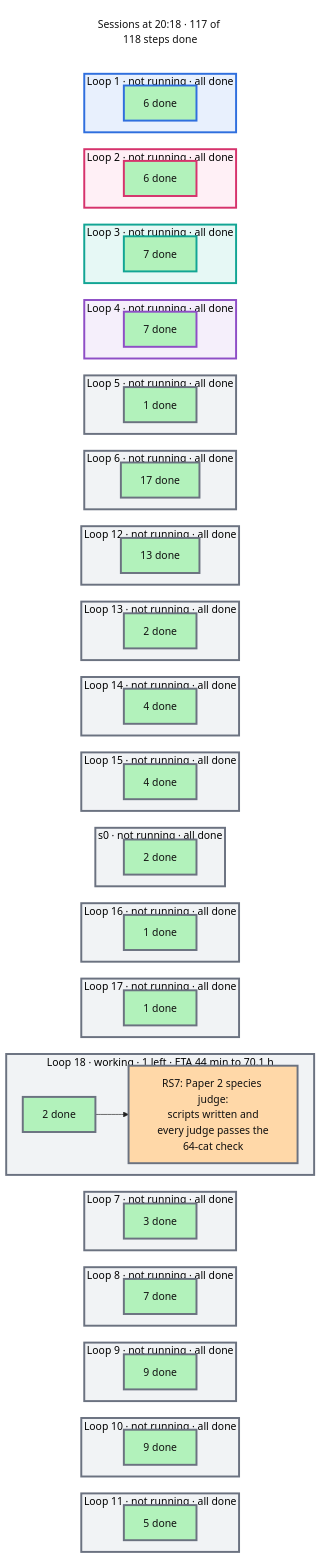
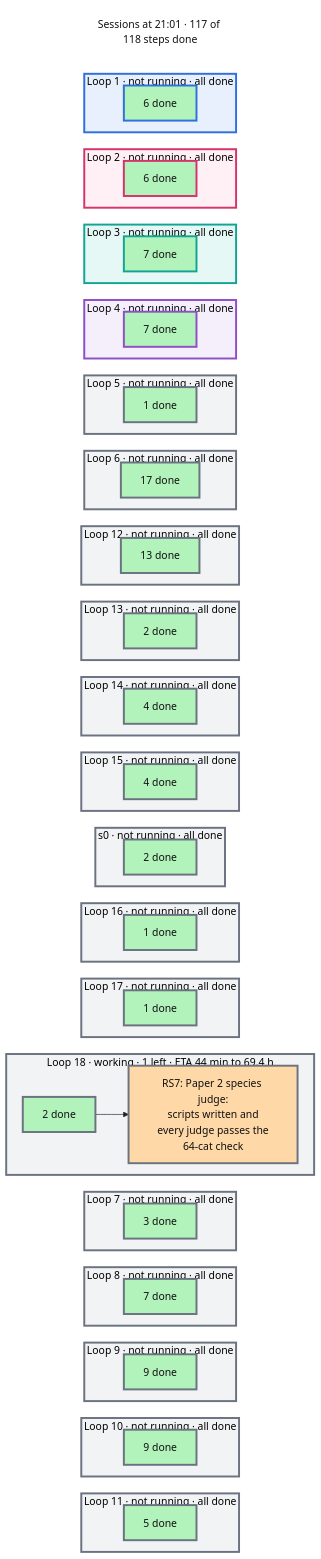
Before and after one commit to mo-rsa24/concept-composition: the diagram in artifacts/notes/progress/sessions.mmd, drawn with Mermaid. The commit also changed 9 other files, not shown here.

```diff
--- a/artifacts/notes/progress/sessions.mmd
+++ b/artifacts/notes/progress/sessions.mmd
@@ -1,124 +1,124 @@
 %%{init: {'theme': 'base', 'themeVariables': {'fontFamily': 'monospace', 'primaryColor': '#ffffff', 'primaryBorderColor': '#222222', 'primaryTextColor': '#111111', 'lineColor': '#222222'}, 'flowchart': {'nodeSpacing': 16, 'rankSpacing': 26}}}%%
 flowchart TB
   classDef done fill:#b2f2bb,color:#111111
   classDef doing fill:#ffd8a8,color:#111111
   classDef todo fill:#e9ecef,color:#111111
   classDef note fill:#ffffff,stroke:#c92a2a,stroke-dasharray:5 5,color:#c92a2a
-  now["Sessions at 20:18 · 117 of 118 steps done"]
+  now["Sessions at 21:01 · 117 of 118 steps done"]
   style now fill:#ffffff,stroke:#ffffff,color:#111111
   subgraph L0["Loop 1 · not running · all done"]
     direction LR
     d0["6 done"]:::done
   end
   subgraph L1["Loop 2 · not running · all done"]
     direction LR
     d1["6 done"]:::done
   end
   subgraph L2["Loop 3 · not running · all done"]
     direction LR
     d2["7 done"]:::done
   end
   subgraph L3["Loop 4 · not running · all done"]
     direction LR
     d3["7 done"]:::done
   end
   subgraph L4["Loop 5 · not running · all done"]
     direction LR
     d4["1 done"]:::done
   end
   subgraph L5["Loop 6 · not running · all done"]
     direction LR
     d5["17 done"]:::done
   end
   subgraph L6["Loop 12 · not running · all done"]
     direction LR
     d6["13 done"]:::done
   end
   subgraph L7["Loop 13 · not running · all done"]
     direction LR
     d7["2 done"]:::done
   end
   subgraph L8["Loop 14 · not running · all done"]
     direction LR
     d8["4 done"]:::done
   end
   subgraph L9["Loop 15 · not running · all done"]
     direction LR
     d9["4 done"]:::done
   end
   subgraph L10["s0 · not running · all done"]
     direction LR
     d10["2 done"]:::done
   end
   subgraph L11["Loop 16 · not running · all done"]
     direction LR
     d11["1 done"]:::done
   end
   subgraph L12["Loop 17 · not running · all done"]
     direction LR
     d12["1 done"]:::done
   end
-  subgraph L13["Loop 18 · working · 1 left · ETA 44 min to 70.1 h"]
+  subgraph L13["Loop 18 · working · 1 left · ETA 44 min to 69.4 h"]
     direction LR
     d13["2 done"]:::done --> n_RS7["RS7: Paper 2 species judge:<br/>scripts written and<br/>every judge passes the<br/>64-cat check"]:::doing
   end
   subgraph L14["Loop 7 · not running · all done"]
     direction LR
     d14["3 done"]:::done
   end
   subgraph L15["Loop 8 · not running · all done"]
     direction LR
     d15["7 done"]:::done
   end
   subgraph L16["Loop 9 · not running · all done"]
     direction LR
     d16["9 done"]:::done
   end
   subgraph L17["Loop 10 · not running · all done"]
     direction LR
     d17["9 done"]:::done
   end
   subgraph L18["Loop 11 · not running · all done"]
     direction LR
     d18["5 done"]:::done
   end
   now ~~~ L0 ~~~ L1 ~~~ L2 ~~~ L3 ~~~ L4 ~~~ L5 ~~~ L6 ~~~ L7 ~~~ L8 ~~~ L9 ~~~ L10 ~~~ L11 ~~~ L12 ~~~ L13 ~~~ L14 ~~~ L15 ~~~ L16 ~~~ L17 ~~~ L18
   style L0 fill:#e8f0fd,stroke:#2f6fde,stroke-width:3px
   style d0 stroke:#2f6fde,stroke-width:3px
   style L1 fill:#fff0f6,stroke:#d6336c,stroke-width:3px
   style d1 stroke:#d6336c,stroke-width:3px
   style L2 fill:#e6f8f5,stroke:#12a594,stroke-width:3px
   style d2 stroke:#12a594,stroke-width:3px
   style L3 fill:#f5effb,stroke:#8e4ec6,stroke-width:3px
   style d3 stroke:#8e4ec6,stroke-width:3px
   style L4 fill:#f1f3f5,stroke:#6b7280,stroke-width:3px
   style d4 stroke:#6b7280,stroke-width:3px
   style L5 fill:#f1f3f5,stroke:#6b7280,stroke-width:3px
   style d5 stroke:#6b7280,stroke-width:3px
   style L6 fill:#f1f3f5,stroke:#6b7280,stroke-width:3px
   style d6 stroke:#6b7280,stroke-width:3px
   style L7 fill:#f1f3f5,stroke:#6b7280,stroke-width:3px
   style d7 stroke:#6b7280,stroke-width:3px
   style L8 fill:#f1f3f5,stroke:#6b7280,stroke-width:3px
   style d8 stroke:#6b7280,stroke-width:3px
   style L9 fill:#f1f3f5,stroke:#6b7280,stroke-width:3px
   style d9 stroke:#6b7280,stroke-width:3px
   style L10 fill:#f1f3f5,stroke:#6b7280,stroke-width:3px
   style d10 stroke:#6b7280,stroke-width:3px
   style L11 fill:#f1f3f5,stroke:#6b7280,stroke-width:3px
   style d11 stroke:#6b7280,stroke-width:3px
   style L12 fill:#f1f3f5,stroke:#6b7280,stroke-width:3px
   style d12 stroke:#6b7280,stroke-width:3px
   style L13 fill:#f1f3f5,stroke:#6b7280,stroke-width:3px
   style d13 stroke:#6b7280,stroke-width:3px
   style n_RS7 stroke:#6b7280,stroke-width:3px
   style L14 fill:#f1f3f5,stroke:#6b7280,stroke-width:3px
   style d14 stroke:#6b7280,stroke-width:3px
   style L15 fill:#f1f3f5,stroke:#6b7280,stroke-width:3px
   style d15 stroke:#6b7280,stroke-width:3px
   style L16 fill:#f1f3f5,stroke:#6b7280,stroke-width:3px
   style d16 stroke:#6b7280,stroke-width:3px
   style L17 fill:#f1f3f5,stroke:#6b7280,stroke-width:3px
   style d17 stroke:#6b7280,stroke-width:3px
   style L18 fill:#f1f3f5,stroke:#6b7280,stroke-width:3px
   style d18 stroke:#6b7280,stroke-width:3px
```
